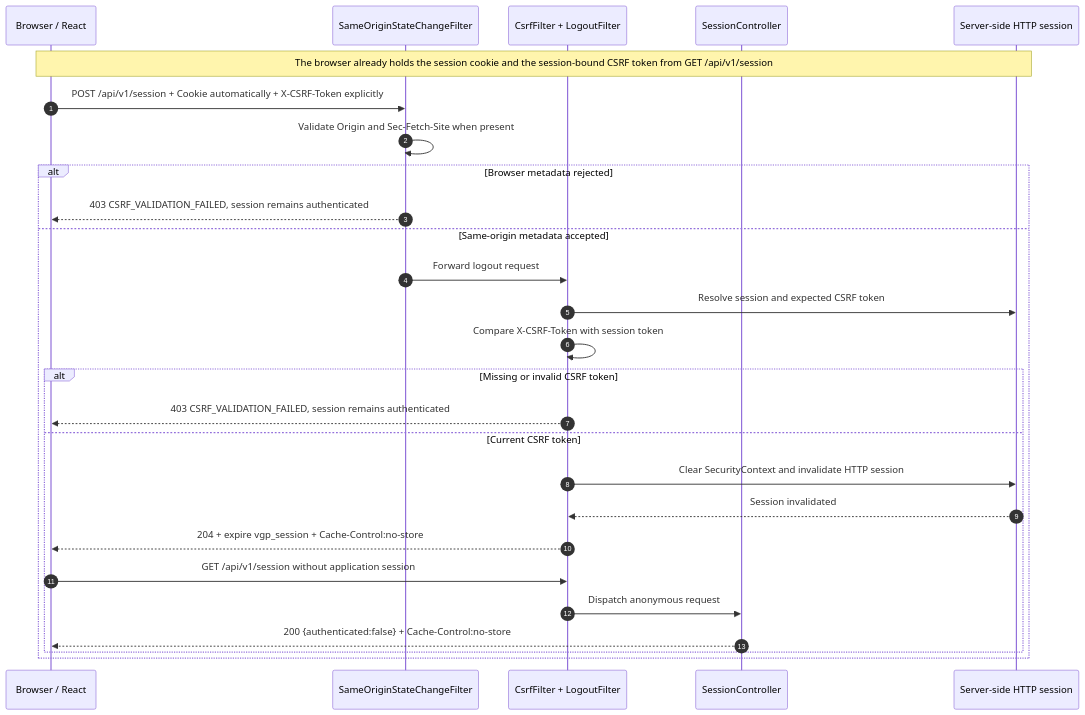
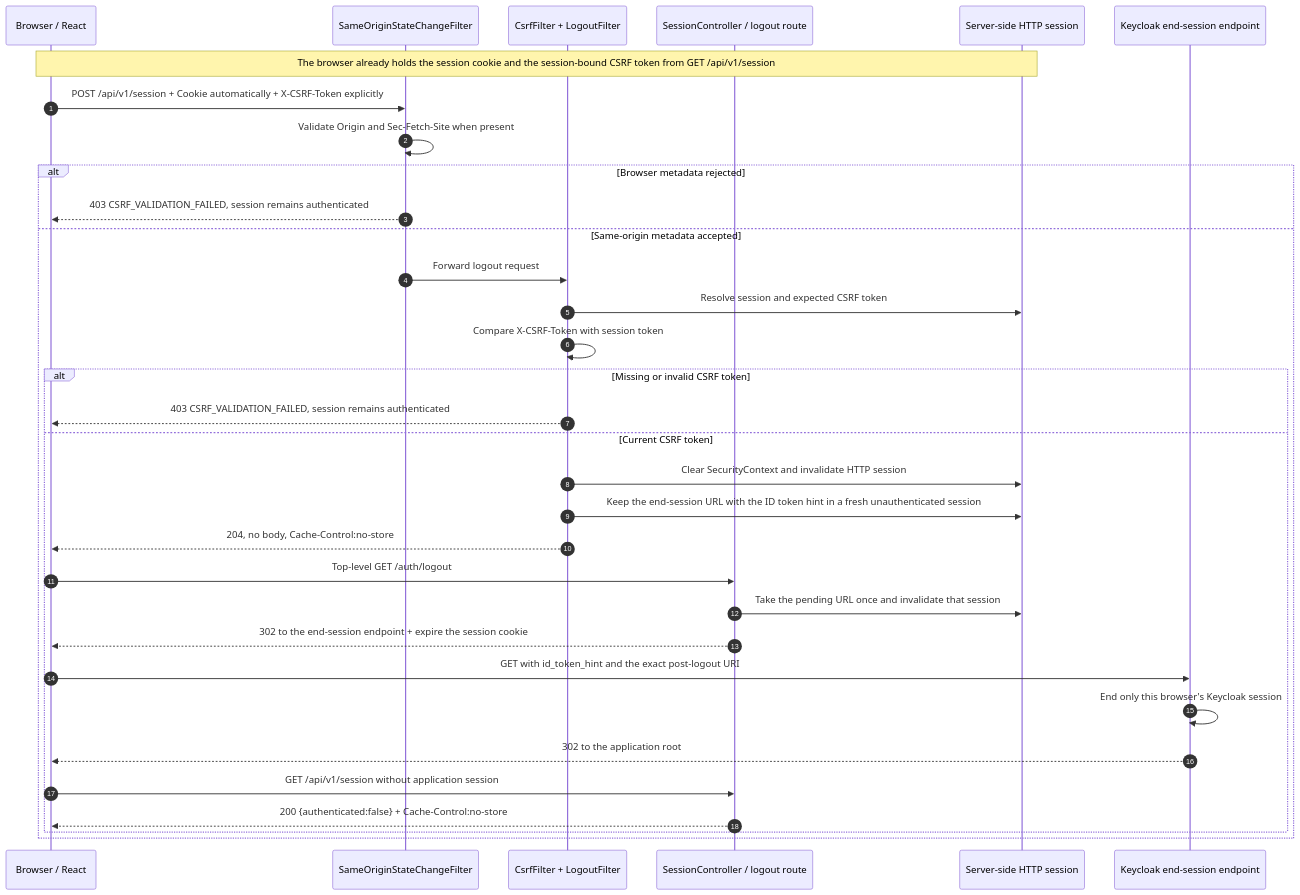
One commit to rubhern/videogame-platform changed the diagram in docs/architecture/diagrams/mermaid/session-csrf-logout-sequence.mmd. Above: the diagram before and after it, drawn with Mermaid. The commit also changed 51 other files, not shown here.

```diff
--- a/docs/architecture/diagrams/mermaid/session-csrf-logout-sequence.mmd
+++ b/docs/architecture/diagrams/mermaid/session-csrf-logout-sequence.mmd
@@ -1,30 +1,36 @@
 sequenceDiagram
     autonumber
 
     participant Browser as Browser / React
     participant OriginFilter as SameOriginStateChangeFilter
     participant Security as CsrfFilter + LogoutFilter
-    participant SessionApi as SessionController
+    participant SessionApi as SessionController / logout route
     participant Session as Server-side HTTP session
+    participant Keycloak as Keycloak end-session endpoint
 
     Note over Browser,Session: The browser already holds the session cookie and the session-bound CSRF token from GET /api/v1/session
 
     Browser->>OriginFilter: POST /api/v1/session + Cookie automatically + X-CSRF-Token explicitly
     OriginFilter->>OriginFilter: Validate Origin and Sec-Fetch-Site when present
     alt Browser metadata rejected
         OriginFilter-->>Browser: 403 CSRF_VALIDATION_FAILED, session remains authenticated
     else Same-origin metadata accepted
         OriginFilter->>Security: Forward logout request
         Security->>Session: Resolve session and expected CSRF token
         Security->>Security: Compare X-CSRF-Token with session token
         alt Missing or invalid CSRF token
             Security-->>Browser: 403 CSRF_VALIDATION_FAILED, session remains authenticated
         else Current CSRF token
             Security->>Session: Clear SecurityContext and invalidate HTTP session
-            Session-->>Security: Session invalidated
-            Security-->>Browser: 204 + expire vgp_session + Cache-Control:no-store
-            Browser->>Security: GET /api/v1/session without application session
-            Security->>SessionApi: Dispatch anonymous request
+            Security->>Session: Keep the end-session URL with the ID token hint in a fresh unauthenticated session
+            Security-->>Browser: 204, no body, Cache-Control:no-store
+            Browser->>SessionApi: Top-level GET /auth/logout
+            SessionApi->>Session: Take the pending URL once and invalidate that session
+            SessionApi-->>Browser: 302 to the end-session endpoint + expire the session cookie
+            Browser->>Keycloak: GET with id_token_hint and the exact post-logout URI
+            Keycloak->>Keycloak: End only this browser's Keycloak session
+            Keycloak-->>Browser: 302 to the application root
+            Browser->>SessionApi: GET /api/v1/session without application session
             SessionApi-->>Browser: 200 {authenticated:false} + Cache-Control:no-store
         end
     end
```
